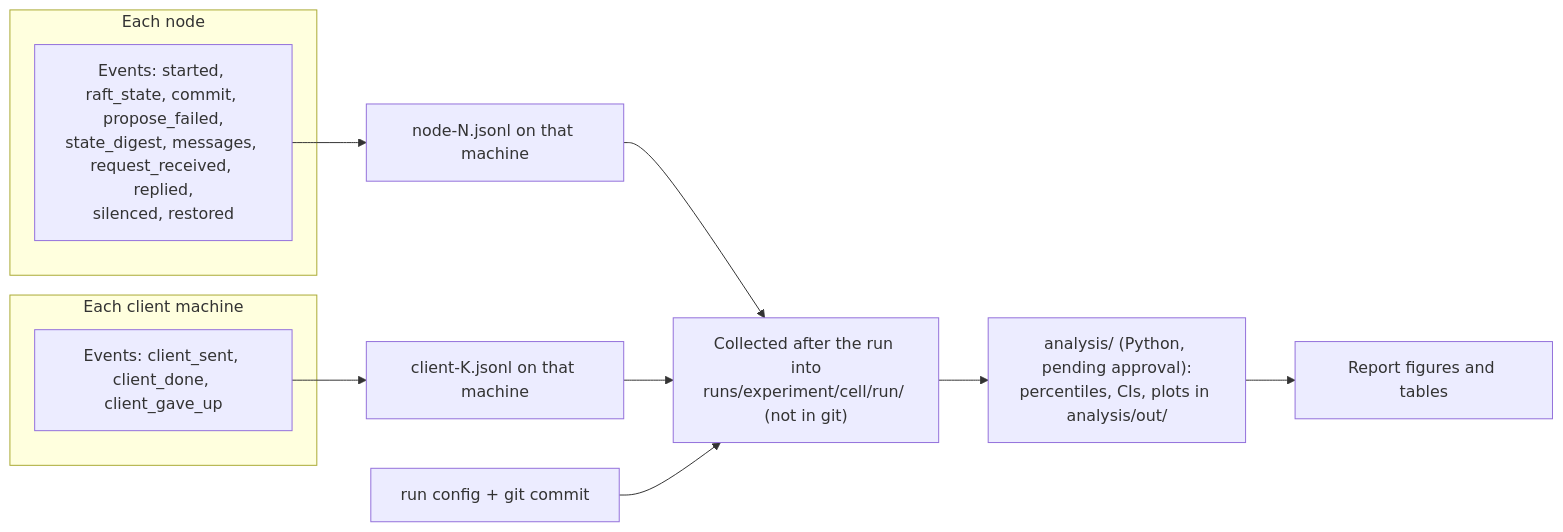
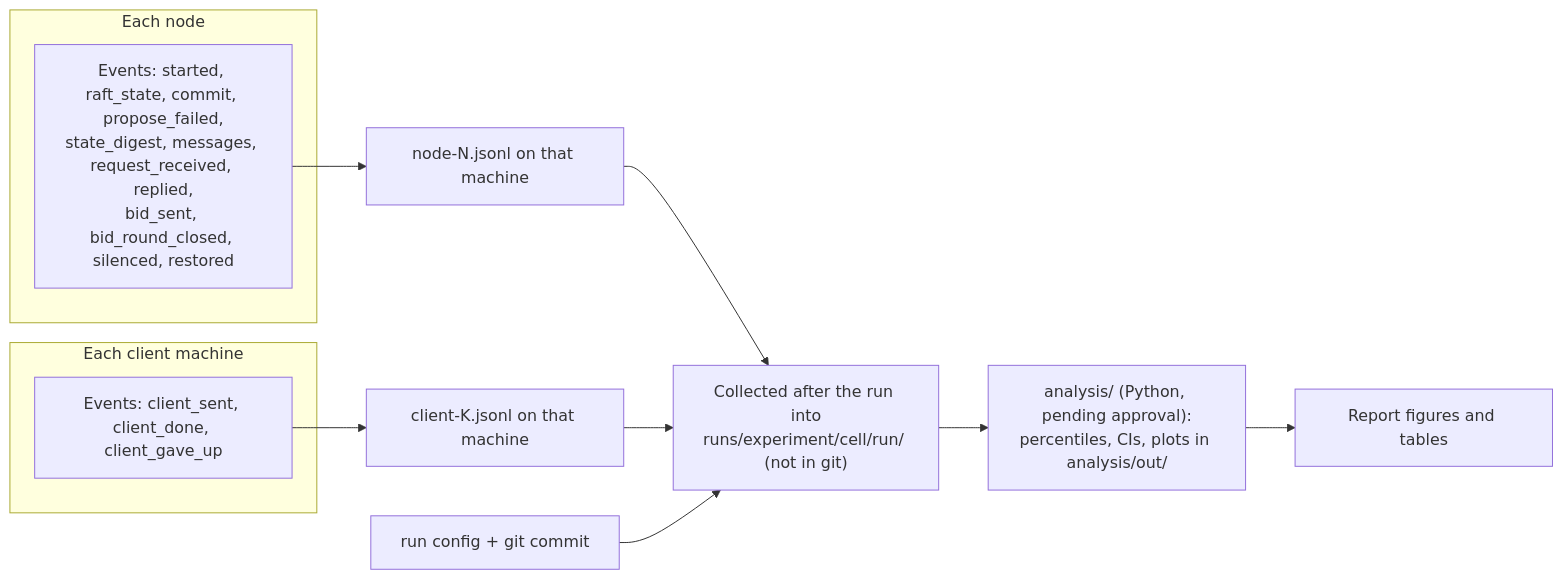
Diagram 26 of 26 in docs/architecture.md (noortaytoy1/DistributedSystems), drawn with Mermaid before and after one commit. The commit also changed other lines of this file and 13 other files, not shown here.

````diff
--- a/docs/architecture.md
+++ b/docs/architecture.md
@@ -948,16 +951,16 @@
 ```mermaid
 flowchart LR
     subgraph NODE["Each node"]
-        NE["Events: started, raft_state, commit, propose_failed,<br/>state_digest, messages, request_received, replied,<br/>silenced, restored"]
+        NE["Events: started, raft_state, commit, propose_failed,<br/>state_digest, messages, request_received, replied,<br/>bid_sent, bid_round_closed, silenced, restored"]
     end
     subgraph CLIENT["Each client machine"]
         CE["Events: client_sent, client_done, client_gave_up"]
     end
     NE --> NF["node-N.jsonl on that machine"]
     CE --> CF["client-K.jsonl on that machine"]
     NF --> COL["Collected after the run into<br/>runs/experiment/cell/run/ (not in git)"]
     CF --> COL
     CFG["run config + git commit"] --> COL
     COL --> AN["analysis/ (Python, pending approval):<br/>percentiles, CIs, plots in analysis/out/"]
     AN --> REP["Report figures and tables"]
 ```
````
